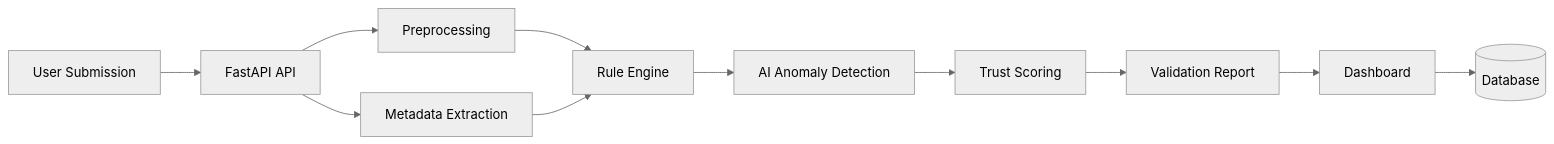
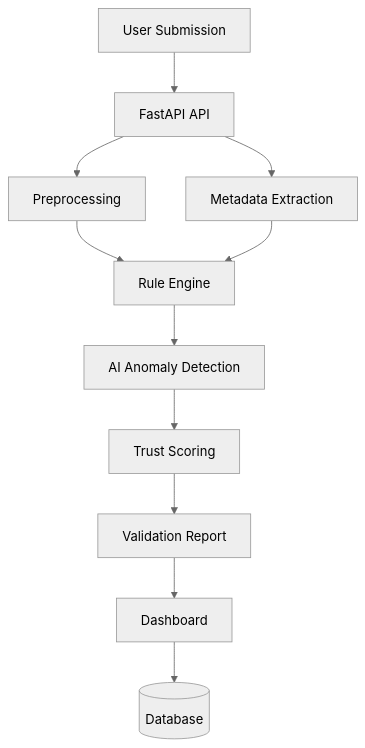
Before and after one commit to Bhavana998/Hackarena-Techspark: the diagram in README.md, drawn with Mermaid (neutral theme).

````diff
--- a/README.md
+++ b/README.md
@@ -122,22 +122,22 @@
 ```mermaid
-flowchart LR
+flowchart TD
 
 A[User Submission]
 --> B[FastAPI API]
 
 B --> C[Preprocessing]
 B --> D[Metadata Extraction]
 
 C --> E[Rule Engine]
 D --> E
 
 E --> F[AI Anomaly Detection]
 
 F --> G[Trust Scoring]
 
 G --> H[Validation Report]
 
 H --> I[Dashboard]
 
 I --> J[(Database)]
 ```
````
